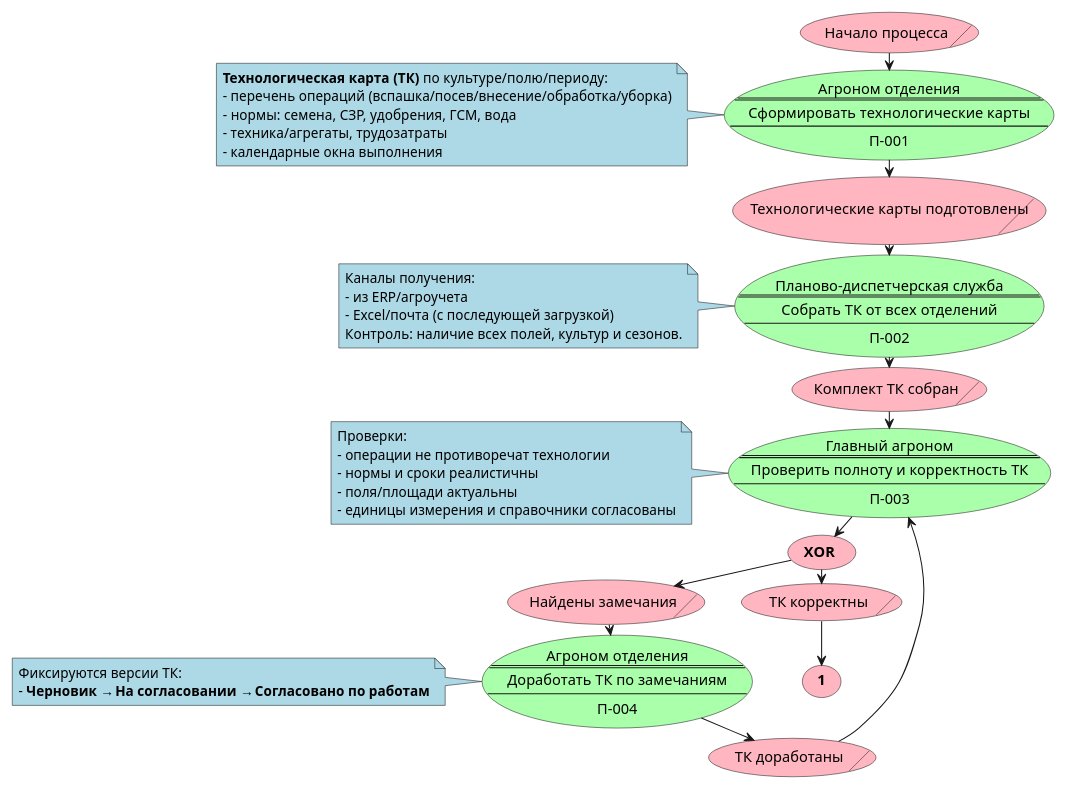
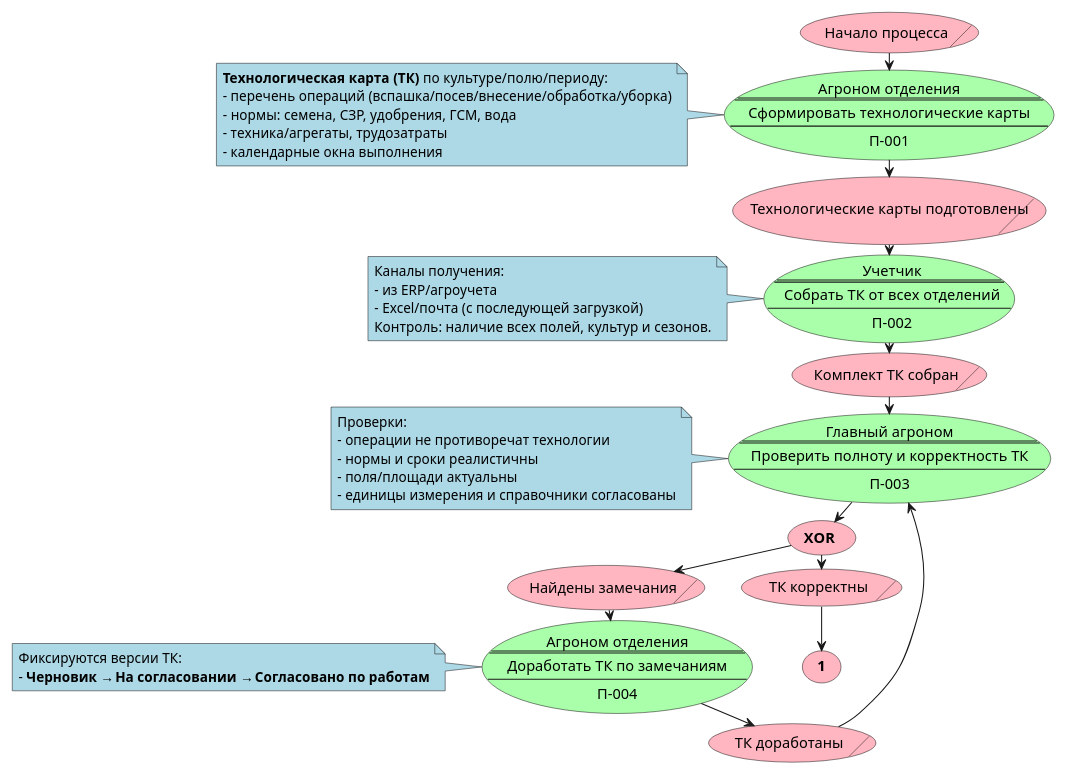
The first of 4 diagrams in docs/СхемаПроцесса.wsd (redokov/infostart2026), drawn with PlantUML before and after one commit. The commit also changed 2 other files, not shown here.

Commit message:
Изменил схему процесса и её диаграммы

```diff
--- a/docs/СхемаПроцесса.wsd
+++ b/docs/СхемаПроцесса.wsd
@@ -1,98 +1,98 @@
 @startuml FieldWorksPlanningProcessPart1
 ' Элементы сверху вниз (удобно для печати на А4)
 top to bottom direction
 skinparam ranksep 10
 skinparam dpi 80
 skinparam packageTitleAlignment left
 
 skinparam usecase {
   BackgroundColor LightPink
 }
 skinparam note {
   BackgroundColor LightBlue
 }
 skinparam rectangle {
   BackgroundColor LightGray
 }
 
 usecase/ S.0 as "Начало процесса"
 
 usecase Ф.1 #AAFFAA as "
 Агроном отделения
 ====
 Сформировать технологические карты
 ----
 П-001"
 note left of Ф.1
 **Технологическая карта (ТК)** по культуре/полю/периоду:
 - перечень операций (вспашка/посев/внесение/обработка/уборка)
 - нормы: семена, СЗР, удобрения, ГСМ, вода
 - техника/агрегаты, трудозатраты
 - календарные окна выполнения
 end note
 
 usecase/ С.1 as "Технологические карты подготовлены"
 
 usecase Ф.2 #AAFFAA as "
-Планово-диспетчерская служба
+Учетчик
 ====
 Собрать ТК от всех отделений
 ----
 П-002"
 note left of Ф.2
 Каналы получения:
 - из ERP/агроучета
 - Excel/почта (с последующей загрузкой)
 Контроль: наличие всех полей, культур и сезонов.
 end note
 
 usecase/ С.2 as "Комплект ТК собран"
 
 usecase Ф.3 #AAFFAA as "
 Главный агроном
 ====
 Проверить полноту и корректность ТК
 ----
 П-003"
 note left of Ф.3
 Проверки:
 - операции не противоречат технологии
 - нормы и сроки реалистичны
 - поля/площади актуальны
 - единицы измерения и справочники согласованы
 end note
 
 usecase У.1 as (**XOR**)
 
 usecase/ С.3 as "ТК корректны"
 usecase/ С.4 as "Найдены замечания"
 
 usecase Ф.4 #AAFFAA as "
 Агроном отделения
 ====
 Доработать ТК по замечаниям
 ----
 П-004"
 note left of Ф.4
 Фиксируются версии ТК:
 - **Черновик** → **На согласовании** → **Согласовано по работам**
 end note
 
 usecase/ С.5 as "ТК доработаны"
 
 usecase Т.1 as "**1**"
 
 S.0 -d-> Ф.1
 Ф.1 -d-> С.1
 С.1 -d-> Ф.2
 Ф.2 -d-> С.2
 С.2 -d-> Ф.3
 Ф.3 -d-> У.1
 У.1 -d-> С.3
 У.1 -d-> С.4
 С.4 -d-> Ф.4
 Ф.4 -d-> С.5
 С.5 -d-> Ф.3
 
 С.3 -d-> Т.1
 @enduml
```
